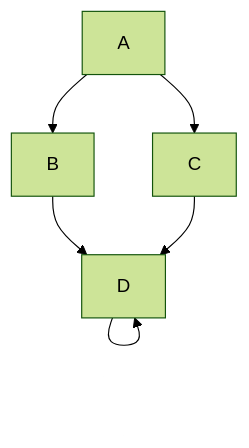
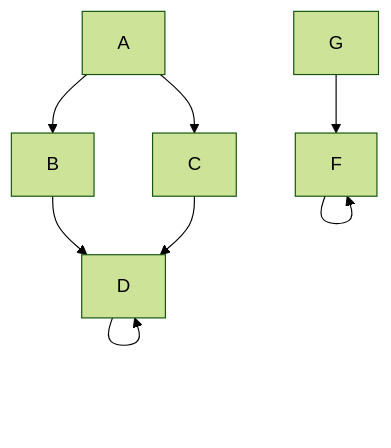
The diagram in README.md (danielscarvalho/md-graph), drawn with Mermaid (forest theme) before and after one commit.

````diff
--- a/README.md
+++ b/README.md
@@ -4,8 +4,10 @@
 ```mermaid
   graph TD;
       A-->B;
       A-->C;
       B-->D;
       C-->D;
       D-->D;
+      F-->F;
+      G-->F;
 ```
````
